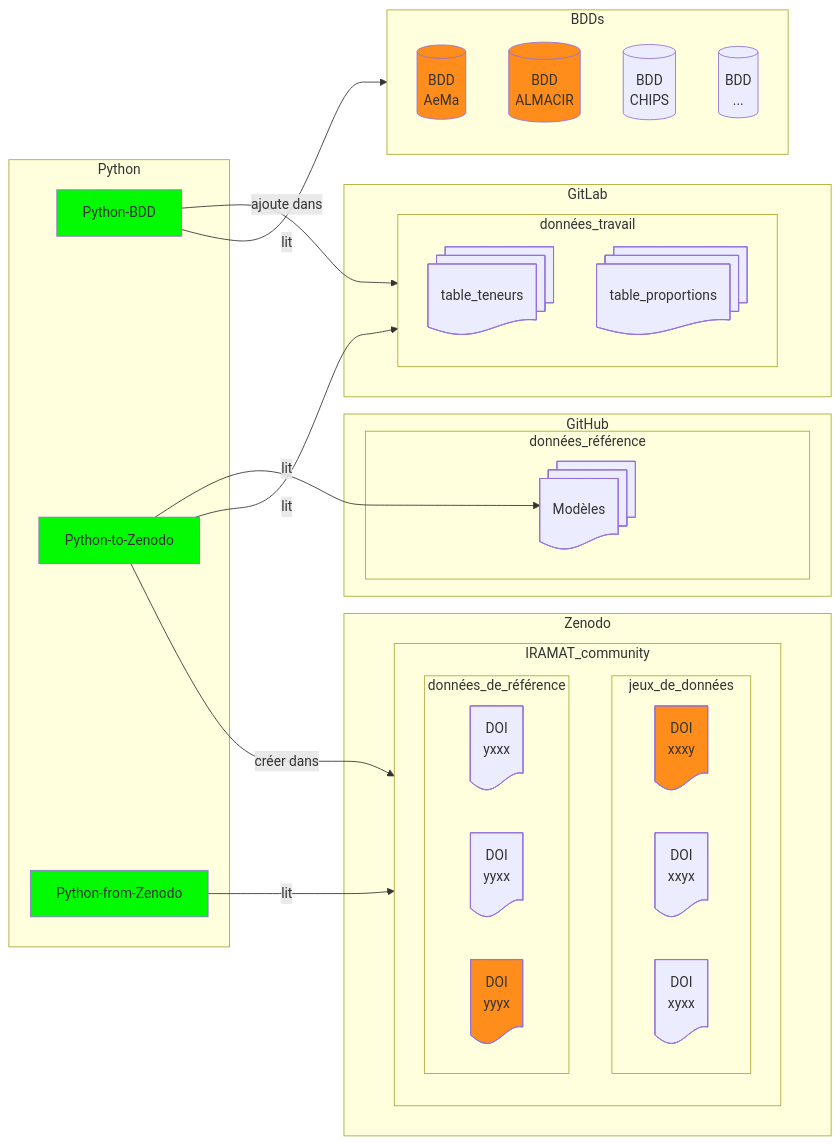
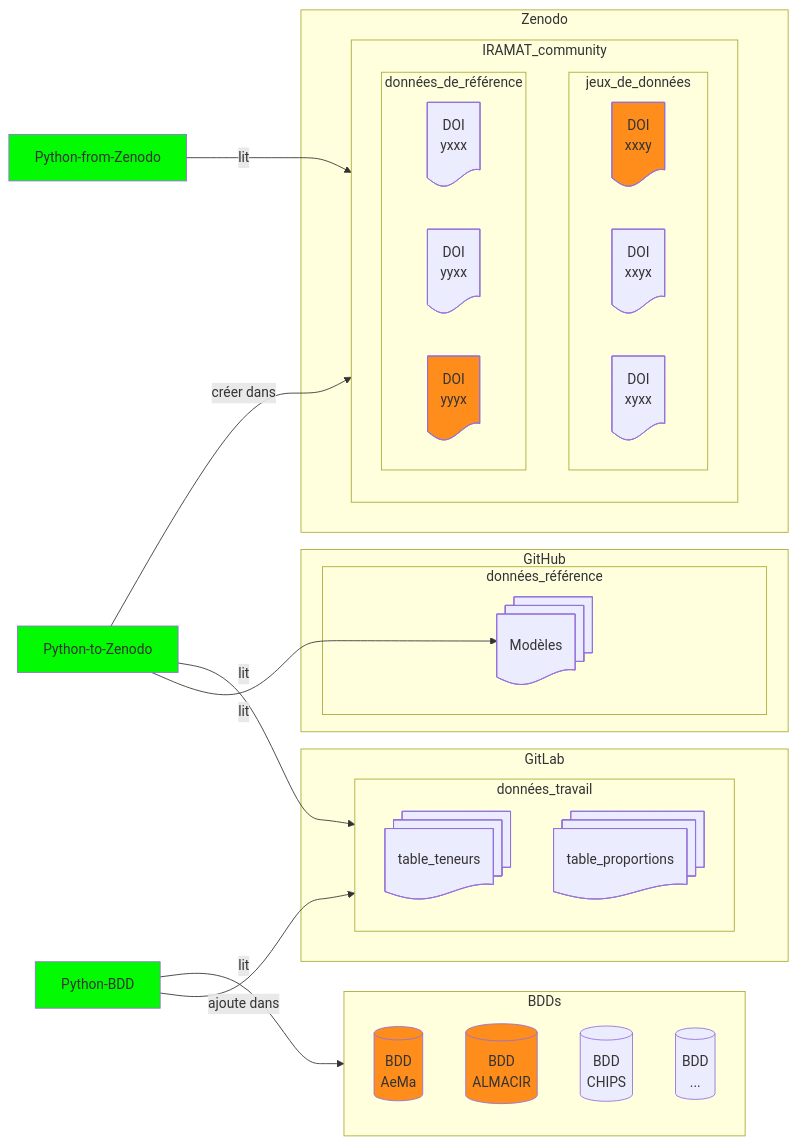
One commit to iramat/iramat-dev changed the first of 2 diagrams in dbs/README.md. Above: the diagram before and after it, drawn with Mermaid.

````diff
--- a/dbs/README.md
+++ b/dbs/README.md
@@ -5,55 +5,53 @@
 ```mermaid
 flowchart LR
     subgraph GitLab
         subgraph données_travail
             T1@{ shape: docs, label: "table_teneurs" }
             T2@{ shape: docs, label: "table_proportions" }
         end
     end
     subgraph GitHub
         subgraph données_référence
             Mod@{ shape: docs, label: "Modèles" }
         end
     end
-    subgraph Python
-        PDB@{ procs: docs, label: "Python-BDD" }
-        P2Z@{ procs: docs, label: "Python-to-Zenodo" }
-        PfZ@{ procs: docs, label: "Python-from-Zenodo" }
-    end
+    PDB@{ procs: docs, label: "Python-BDD" }
+    P2Z@{ procs: docs, label: "Python-to-Zenodo" }
+    PfZ@{ procs: docs, label: "Python-from-Zenodo" }
     subgraph BDDs
         B[(BDD<br>AeMa)]
         H[(BDD<br>ALMACIR)]
         C[(BDD<br>CHIPS)]
         D[(BDD<br>...)]
     end
     PDB -- ajoute dans --> données_travail;
     P2Z -- lit --> Mod;
     P2Z -- lit --> données_travail;
     subgraph Zenodo
         subgraph IRAMAT_community
             subgraph jeux_de_données
                 E@{ shape: doc, label: "DOI<br>xxxy" }
                 F@{ shape: doc, label: "DOI<br>xxyx" }
                 G@{ shape: doc, label: "DOI<br>xyxx" }
             end
             subgraph données_de_référence
                 dataref1@{ shape: doc, label: "DOI<br>yxxx" }
                 dataref2@{ shape: doc, label: "DOI<br>yyxx" }
                 dataref3@{ shape: doc, label: "DOI<br>yyyx" }
             end
         end
     end
     PDB -- lit --> BDDs;
     PfZ -- lit --> IRAMAT_community
     P2Z -- créer dans --> IRAMAT_community 
 
 
 click T1 "https://github.com/zoometh/iramat-test/tree/main/dbs#table_teneurs"
 style PDB fill:#02fa02
 style P2Z fill:#02fa02
 style PfZ fill:#02fa02
 style B fill:#FF8D1B
 style H fill:#FF8D1B
 style E fill:#FF8D1B
 style dataref3 fill:#FF8D1B
 ```
````
